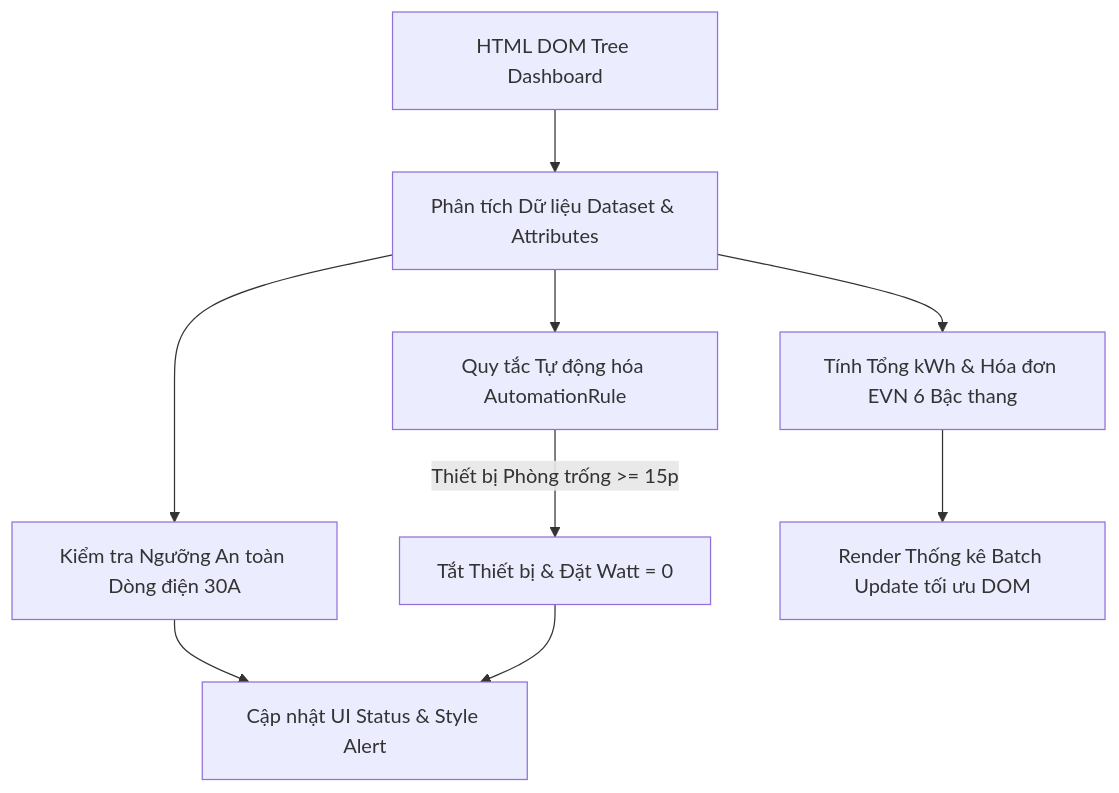
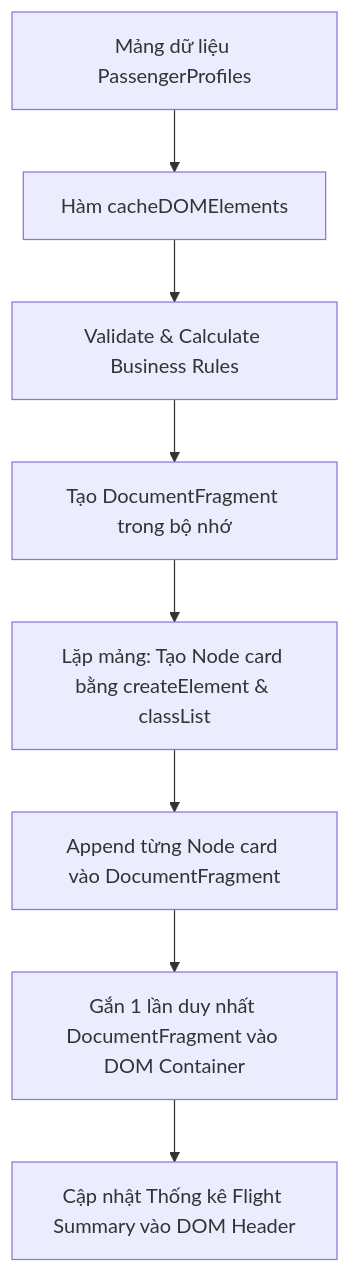
One commit to ngoquy12/learning_material changed the diagram in output/pms/Phát_triển_ứng_dụng_web/Session 17 - Tương tác DOM API (Document Object Model)- Truy xuất và Thay đổi Nội dung/Bài tập/bai_tap_12.md. Above: the diagram before and after it, drawn with Mermaid. The commit also changed other lines of this file and 116 other files, not shown here.

Commit message:
fix(homework): standardize 15-exercise Bloom suite naming convention, add synthesis/mindmap exercises, clean legacy stubs, and integrate HomeworkReviewerAgent

````diff
--- a/output/pms/Phát_triển_ứng_dụng_web/Session 17 - Tương tác DOM API (Document Object Model)- Truy xuất và Thay đổi Nội dung/Bài tập/bai_tap_12.md
+++ b/output/pms/Phát_triển_ứng_dụng_web/Session 17 - Tương tác DOM API (Document Object Model)- Truy xuất và Thay đổi Nội dung/Bài tập/bai_tap_12.md
@@ -22,10 +22,10 @@
 ```mermaid
 graph TD
-    A[HTML DOM Tree Dashboard] --> B[Phân tích Dữ liệu Dataset & Attributes]
-    B --> C[Kiểm tra Ngưỡng An toàn Dòng điện 30A]
-    B --> D[Quy tắc Tự động hóa AutomationRule]
-    D -->|Thiết bị Phòng trống >= 15p| E[Tắt Thiết bị & Đặt Watt = 0]
-    C & E --> F[Cập nhật UI Status & Style Alert]
-    B --> G[Tính Tổng kWh & Hóa đơn EVN 6 Bậc thang]
-    G --> H[Render Thống kê Batch Update tối ưu DOM]
+    A[Mảng dữ liệu PassengerProfiles] --> B[Hàm cacheDOMElements]
+    B --> C[Validate & Calculate Business Rules]
+    C --> D[Tạo DocumentFragment trong bộ nhớ]
+    D --> E[Lặp mảng: Tạo Node card bằng createElement & classList]
+    E --> F[Append từng Node card vào DocumentFragment]
+    F --> G[Gắn 1 lần duy nhất DocumentFragment vào DOM Container]
+    G --> H[Cập nhật Thống kê Flight Summary vào DOM Header]
 ```
````
